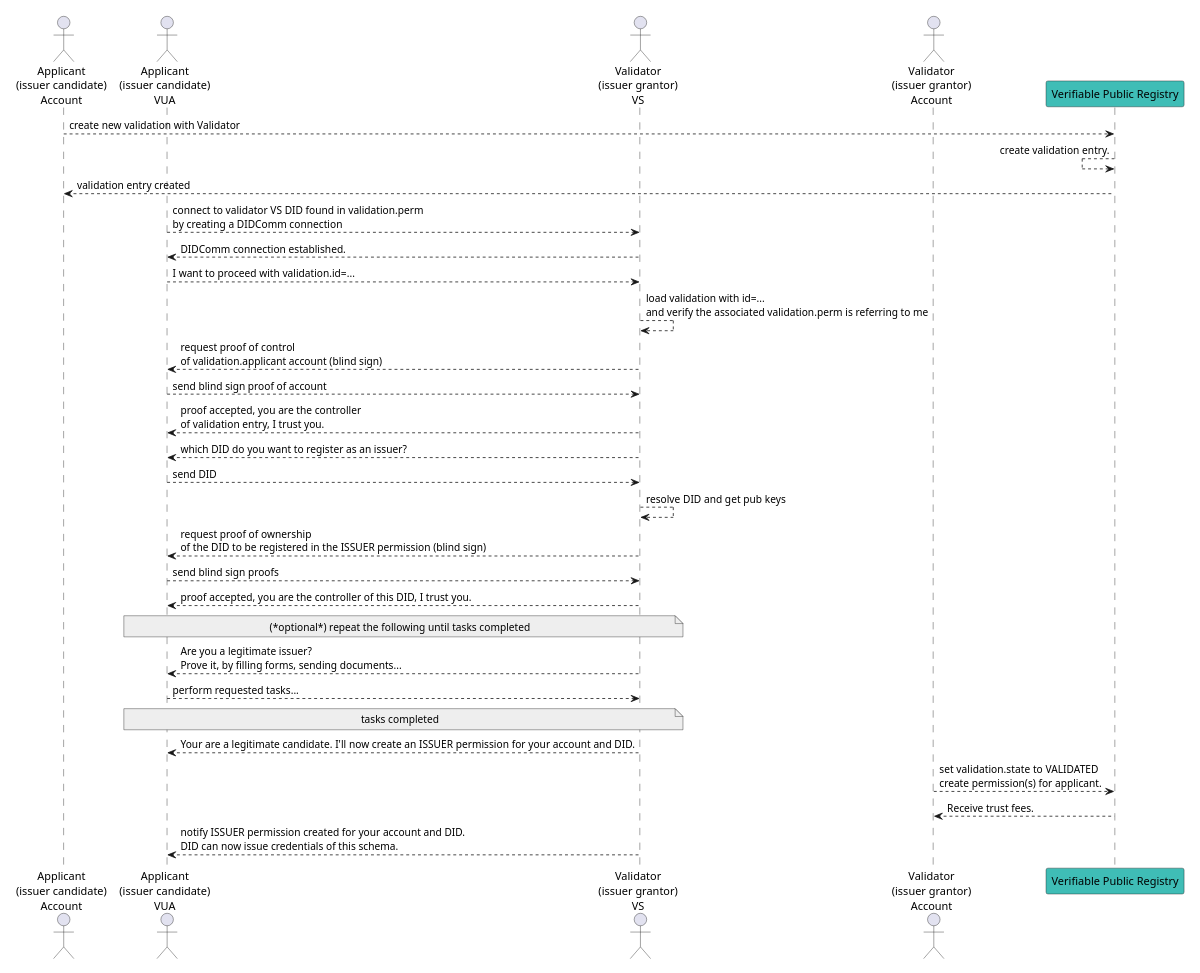
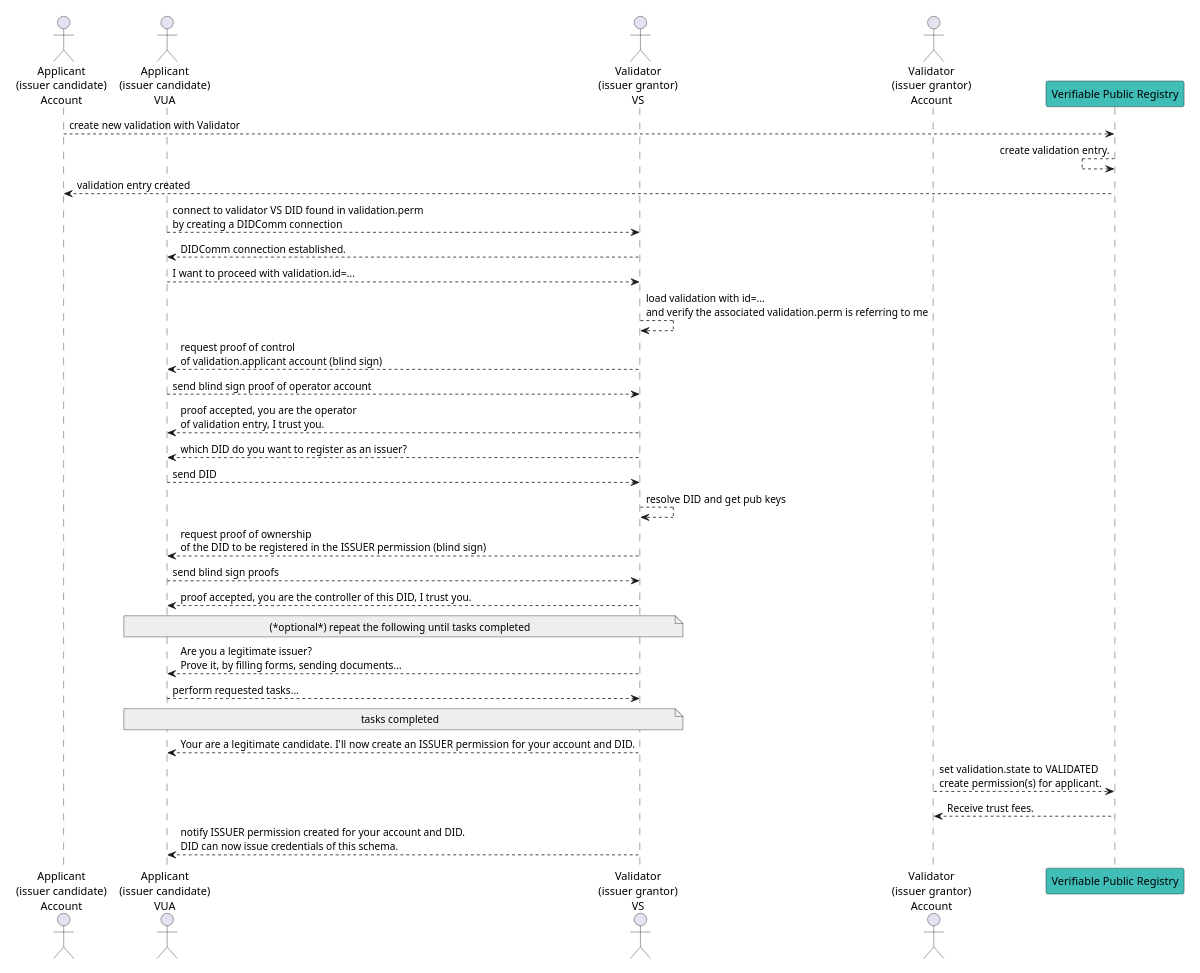
Before and after one commit to verana-labs/verifiable-trust-vpr-spec: the sixth of 20 diagrams in spec.md, drawn with PlantUML. The commit also changed other lines of this file and 1 other file, not shown here.

````diff
--- a/spec.md
+++ b/spec.md
@@ -583,35 +574,35 @@
 ```plantuml
 scale max 800 width
 actor "Applicant\n(issuer candidate)\nAccount" as ApplicantAccount 
 actor "Applicant\n(issuer candidate)\nVUA" as ApplicantBrowser 
 
 actor "Validator\n(issuer grantor)\nVS" as ValidatorVS
 actor "Validator\n(issuer grantor)\nAccount" as ValidatorAccount
 
 participant "Verifiable Public Registry" as VPR #3fbdb6
 
 ApplicantAccount --> VPR: create new validation with Validator 
 VPR <-- VPR: create validation entry.
 ApplicantAccount <-- VPR: validation entry created
 ApplicantBrowser --> ValidatorVS: connect to validator VS DID found in validation.perm\nby creating a DIDComm connection
 ApplicantBrowser <-- ValidatorVS: DIDComm connection established.
 ApplicantBrowser --> ValidatorVS: I want to proceed with validation.id=...
 ValidatorVS --> ValidatorVS: load validation with id=...\nand verify the associated validation.perm is referring to me
 ApplicantBrowser <-- ValidatorVS: request proof of control\nof validation.applicant account (blind sign)
-ApplicantBrowser --> ValidatorVS: send blind sign proof of account
-ApplicantBrowser <-- ValidatorVS: proof accepted, you are the controller\nof validation entry, I trust you.
+ApplicantBrowser --> ValidatorVS: send blind sign proof of operator account
+ApplicantBrowser <-- ValidatorVS: proof accepted, you are the operator\nof validation entry, I trust you.
 ApplicantBrowser <-- ValidatorVS: which DID do you want to register as an issuer?
 ApplicantBrowser --> ValidatorVS: send DID
 ValidatorVS --> ValidatorVS: resolve DID and get pub keys
 ApplicantBrowser <-- ValidatorVS: request proof of ownership\nof the DID to be registered in the ISSUER permission (blind sign)
 ApplicantBrowser --> ValidatorVS: send blind sign proofs
 ApplicantBrowser <-- ValidatorVS: proof accepted, you are the controller of this DID, I trust you.
 note over ApplicantBrowser, ValidatorVS #EEEEEE: (*optional*) repeat the following until tasks completed
 ApplicantBrowser <-- ValidatorVS: Are you a legitimate issuer?\nProve it, by filling forms, sending documents...
 ApplicantBrowser --> ValidatorVS: perform requested tasks...
 note over ApplicantBrowser, ValidatorVS #EEEEEE: tasks completed
 ApplicantBrowser <-- ValidatorVS: Your are a legitimate candidate. I'll now create an ISSUER permission for your account and DID.
 ValidatorAccount --> VPR #3fbdb6: set validation.state to VALIDATED\ncreate permission(s) for applicant.
 VPR --> ValidatorAccount: Receive trust fees.
 ApplicantBrowser <-- ValidatorVS: notify ISSUER permission created for your account and DID.\nDID can now issue credentials of this schema.
 ```
````
